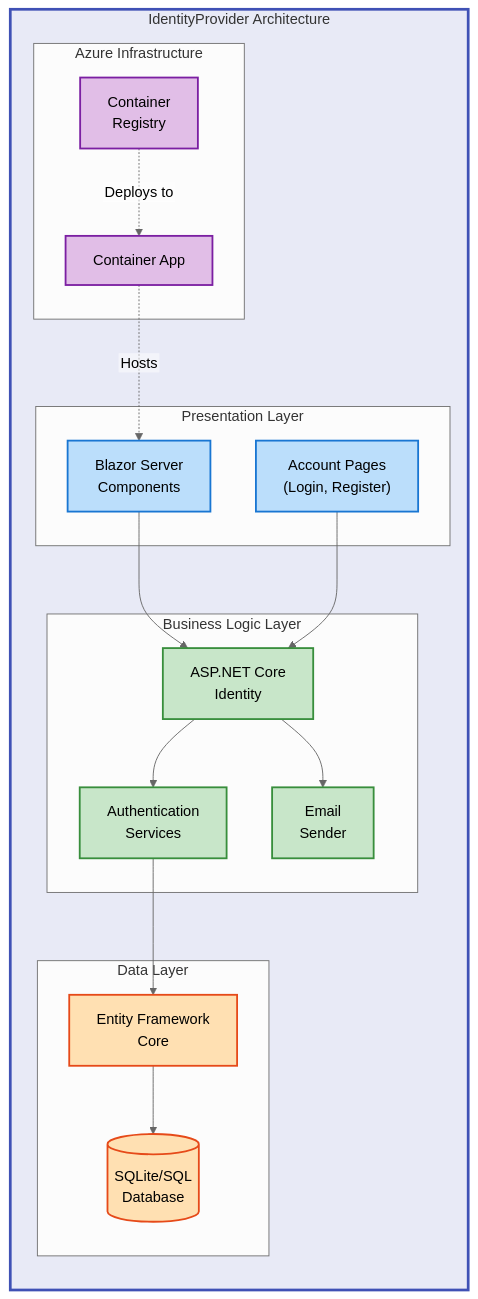
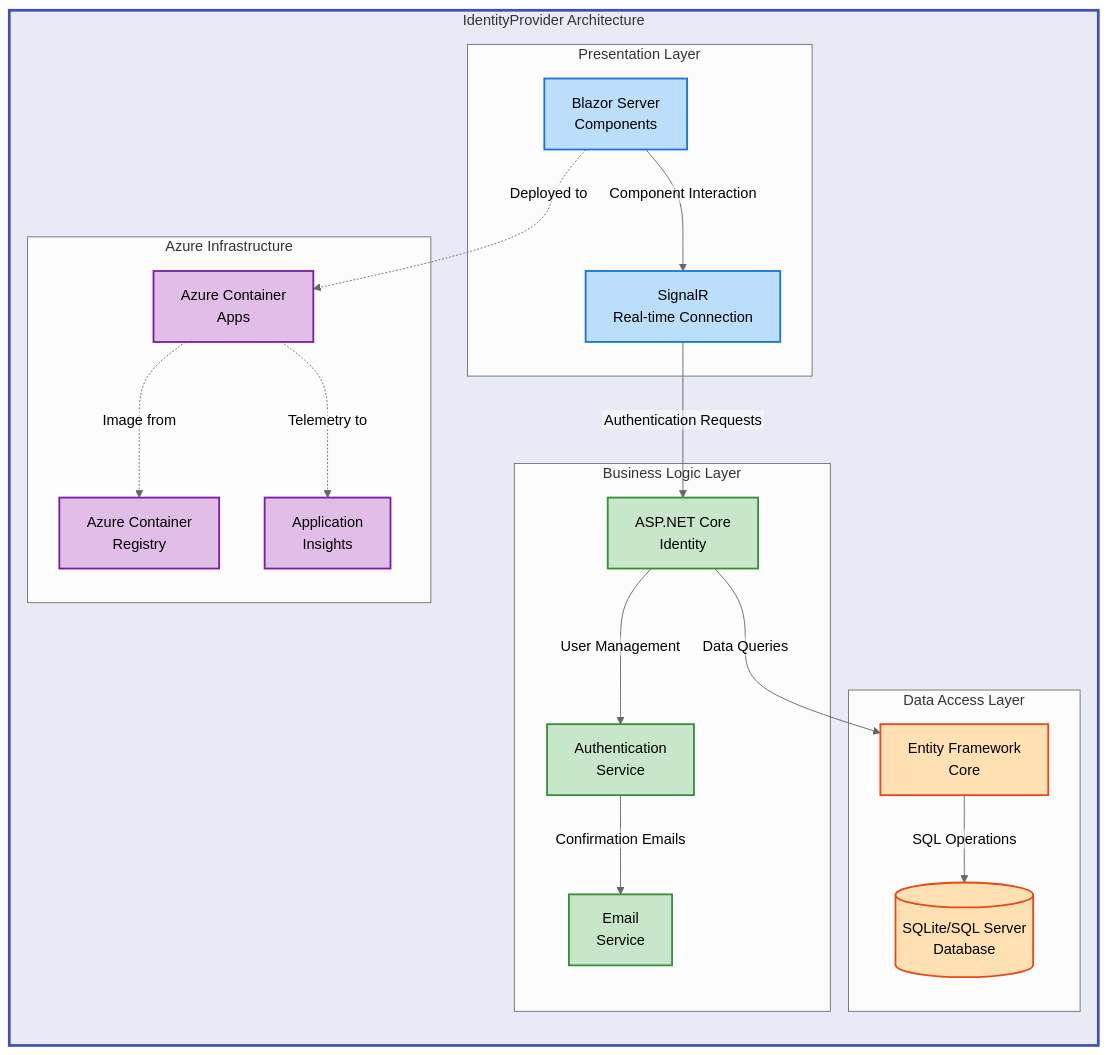
Before and after one commit to Evilazaro/IdentityProvider: the diagram in README.md, drawn with Mermaid (neutral theme). The commit also changed other lines of this file, not shown here.

Commit message:
Enhance README.md for clarity and detail; refine project overview, architecture description, and feature set for improved understanding.

````diff
--- a/README.md
+++ b/README.md
@@ -39,46 +38,48 @@
 ```mermaid
 %%{init: {"flowchart": {"htmlLabels": false}} }%%
 flowchart TB
     classDef mainGroup fill:#E8EAF6,stroke:#3F51B5,stroke-width:3px,color:#000
     classDef mdBlue fill:#BBDEFB,stroke:#1976D2,stroke-width:2px,color:#000
     classDef mdGreen fill:#C8E6C9,stroke:#388E3C,stroke-width:2px,color:#000
     classDef mdOrange fill:#FFE0B2,stroke:#E64A19,stroke-width:2px,color:#000
     classDef mdPurple fill:#E1BEE7,stroke:#7B1FA2,stroke-width:2px,color:#000
 
     subgraph system["IdentityProvider Architecture"]
         direction TB
 
         subgraph presentation["Presentation Layer"]
             blazor["Blazor Server<br/>Components"]:::mdBlue
-            pages["Account Pages<br/>(Login, Register)"]:::mdBlue
+            signalr["SignalR<br/>Real-time Connection"]:::mdBlue
         end
 
         subgraph business["Business Logic Layer"]
             identity["ASP.NET Core<br/>Identity"]:::mdGreen
-            auth["Authentication<br/>Services"]:::mdGreen
-            email["Email<br/>Sender"]:::mdGreen
+            auth["Authentication<br/>Service"]:::mdGreen
+            emailSvc["Email<br/>Service"]:::mdGreen
         end
 
-        subgraph data["Data Layer"]
+        subgraph data["Data Access Layer"]
             ef["Entity Framework<br/>Core"]:::mdOrange
-            db[("SQLite/SQL<br/>Database")]:::mdOrange
+            db[("SQLite/SQL Server<br/>Database")]:::mdOrange
         end
 
-        subgraph cloud["Azure Infrastructure"]
-            containerapp["Container App"]:::mdPurple
-            acr["Container<br/>Registry"]:::mdPurple
+        subgraph azure["Azure Infrastructure"]
+            containerApp["Azure Container<br/>Apps"]:::mdPurple
+            acr["Azure Container<br/>Registry"]:::mdPurple
+            monitor["Application<br/>Insights"]:::mdPurple
         end
 
-        blazor --> identity
-        pages --> identity
-        identity --> auth
-        identity --> email
-        auth --> ef
-        ef --> db
+        blazor -->|"Component Interaction"| signalr
+        signalr -->|"Authentication Requests"| identity
+        identity -->|"User Management"| auth
+        auth -->|"Confirmation Emails"| emailSvc
+        identity -->|"Data Queries"| ef
+        ef -->|"SQL Operations"| db
 
-        containerapp -.->|"Hosts"| blazor
-        acr -.->|"Deploys to"| containerapp
+        blazor -.->|"Deployed to"| containerApp
+        containerApp -.->|"Image from"| acr
+        containerApp -.->|"Telemetry to"| monitor
     end
 
     style system fill:#E8EAF6,stroke:#3F51B5,stroke-width:3px
 ```
````
